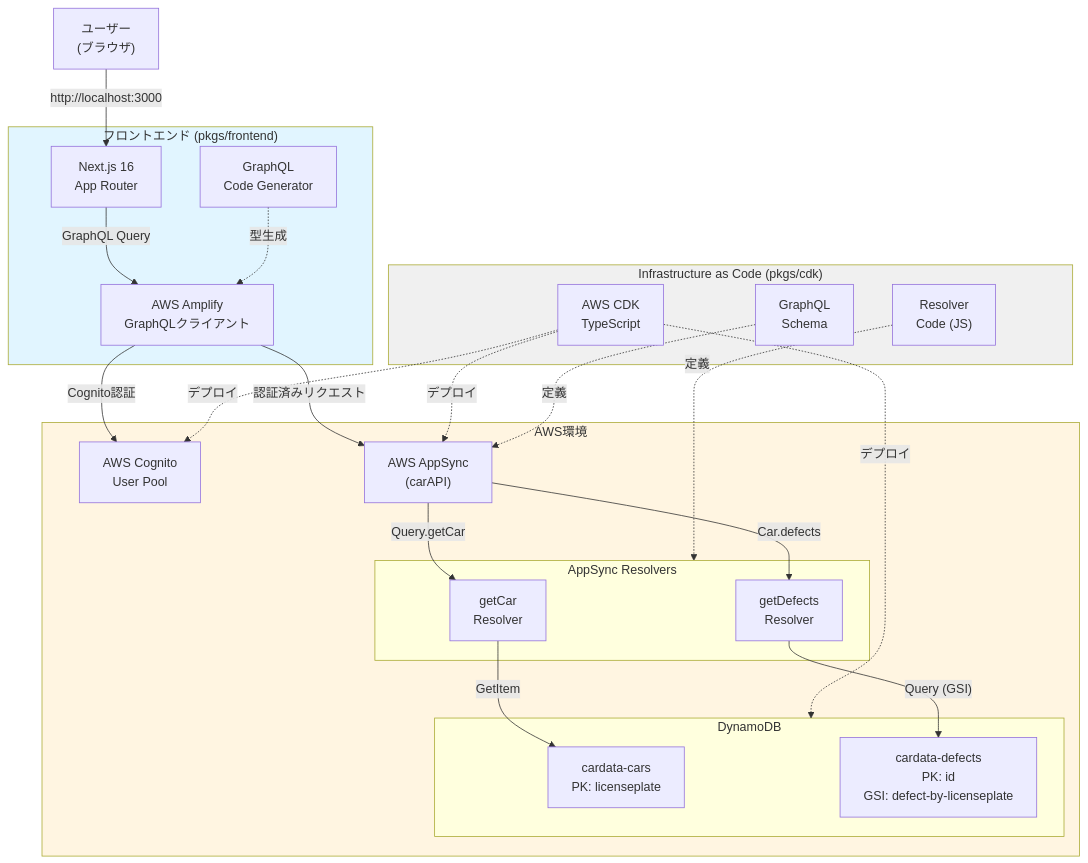
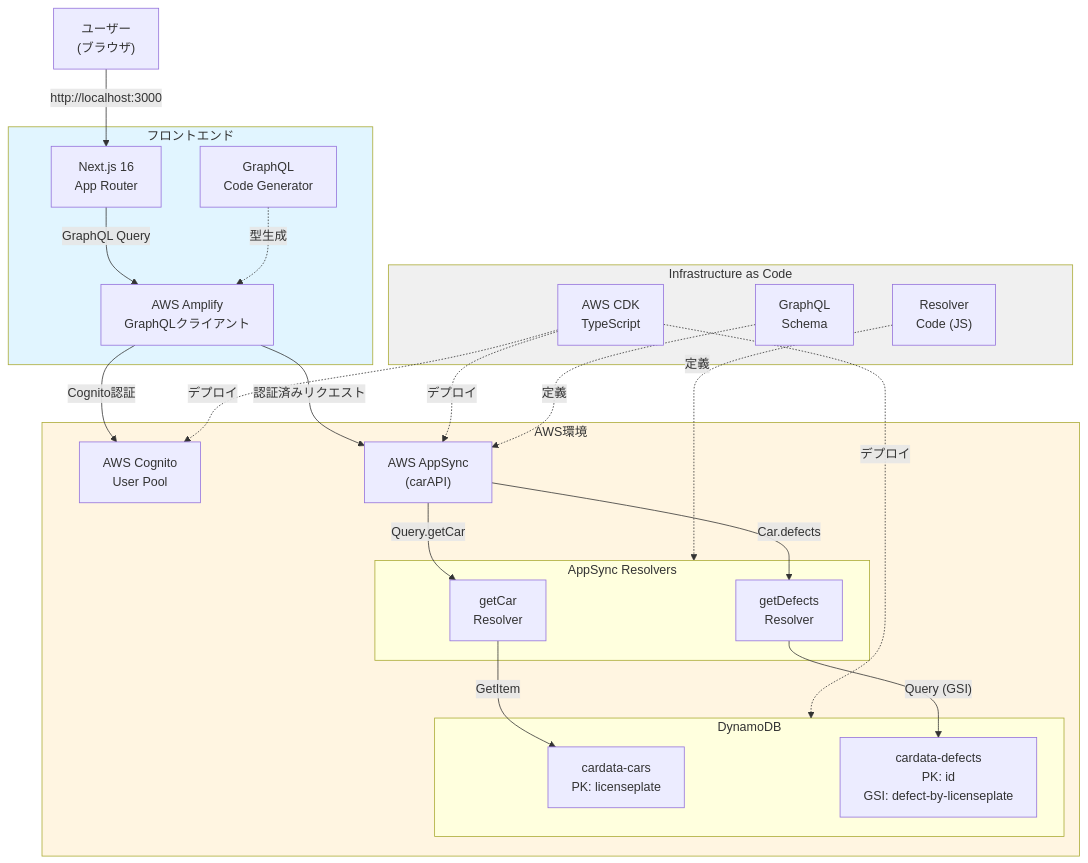
One commit to mashharuki/zenn-docs changed the first of 3 diagrams in articles/aws_appsync_dynamodb-1.md. Above: the diagram before and after it, drawn with Mermaid. The commit also changed other lines of this file and 1 other file, not shown here.

````diff
--- a/articles/aws_appsync_dynamodb-1.md
+++ b/articles/aws_appsync_dynamodb-1.md
@@ -201,53 +209,53 @@
 ```mermaid
 graph TB
     User["ユーザー<br/>(ブラウザ)"]
 
-    subgraph Frontend["フロントエンド (pkgs/frontend)"]
+    subgraph Frontend["フロントエンド"]
         NextJS["Next.js 16<br/>App Router"]
         Amplify["AWS Amplify<br/>GraphQLクライアント"]
         TypeGen["GraphQL<br/>Code Generator"]
     end
 
     subgraph AWS["AWS環境"]
         Cognito["AWS Cognito<br/>User Pool"]
         AppSync["AWS AppSync<br/>(carAPI)"]
 
         subgraph Resolvers["AppSync Resolvers"]
             GetCarResolver["getCar<br/>Resolver"]
             GetDefectsResolver["getDefects<br/>Resolver"]
         end
 
         subgraph DynamoDB["DynamoDB"]
             CarsTable["cardata-cars<br/>PK: licenseplate"]
             DefectsTable["cardata-defects<br/>PK: id<br/>GSI: defect-by-licenseplate"]
         end
     end
 
-    subgraph IaC["Infrastructure as Code (pkgs/cdk)"]
+    subgraph IaC["Infrastructure as Code"]
         CDK["AWS CDK<br/>TypeScript"]
         Schema["GraphQL<br/>Schema"]
         ResolverCode["Resolver<br/>Code (JS)"]
     end
 
     User -->|"http://localhost:3000"| NextJS
     NextJS -->|"GraphQL Query"| Amplify
     Amplify -->|"Cognito認証"| Cognito
     Amplify -->|"認証済みリクエスト"| AppSync
 
     AppSync -->|"Query.getCar"| GetCarResolver
     AppSync -->|"Car.defects"| GetDefectsResolver
 
     GetCarResolver -->|"GetItem"| CarsTable
     GetDefectsResolver -->|"Query (GSI)"| DefectsTable
 
     CDK -.->|"デプロイ"| Cognito
     CDK -.->|"デプロイ"| AppSync
     CDK -.->|"デプロイ"| DynamoDB
     Schema -.->|"定義"| AppSync
     ResolverCode -.->|"定義"| Resolvers
     TypeGen -.->|"型生成"| Amplify
 
     style Frontend fill:#e1f5ff
     style AWS fill:#fff5e1
     style IaC fill:#f0f0f0
 ```
````
